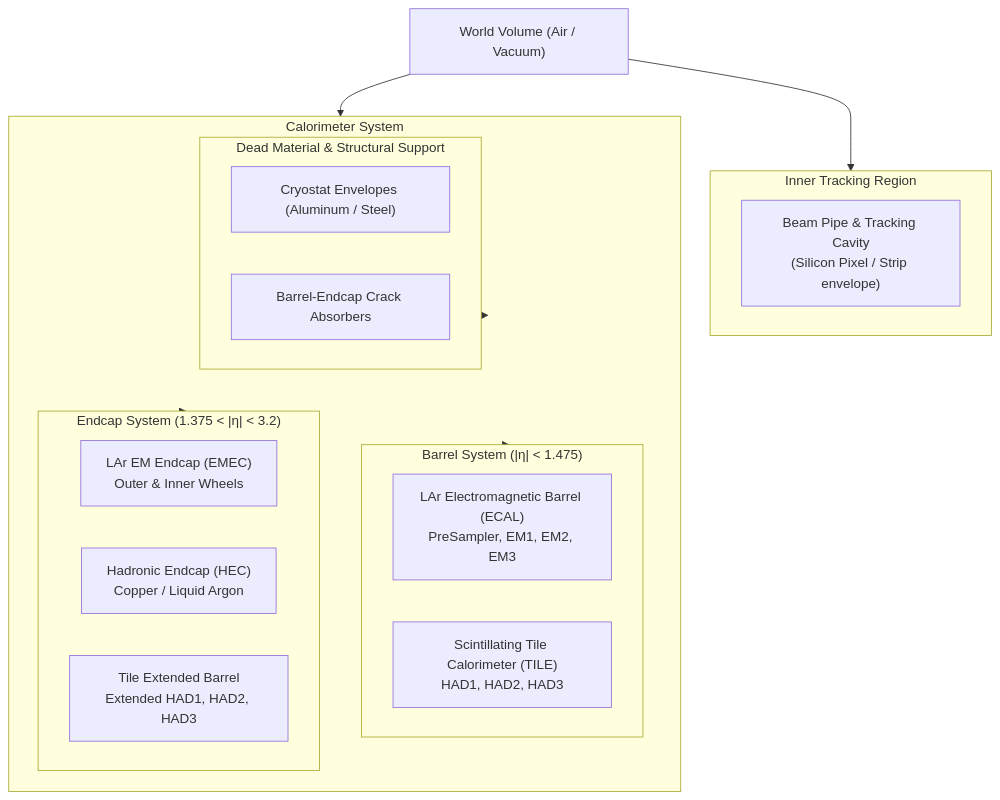
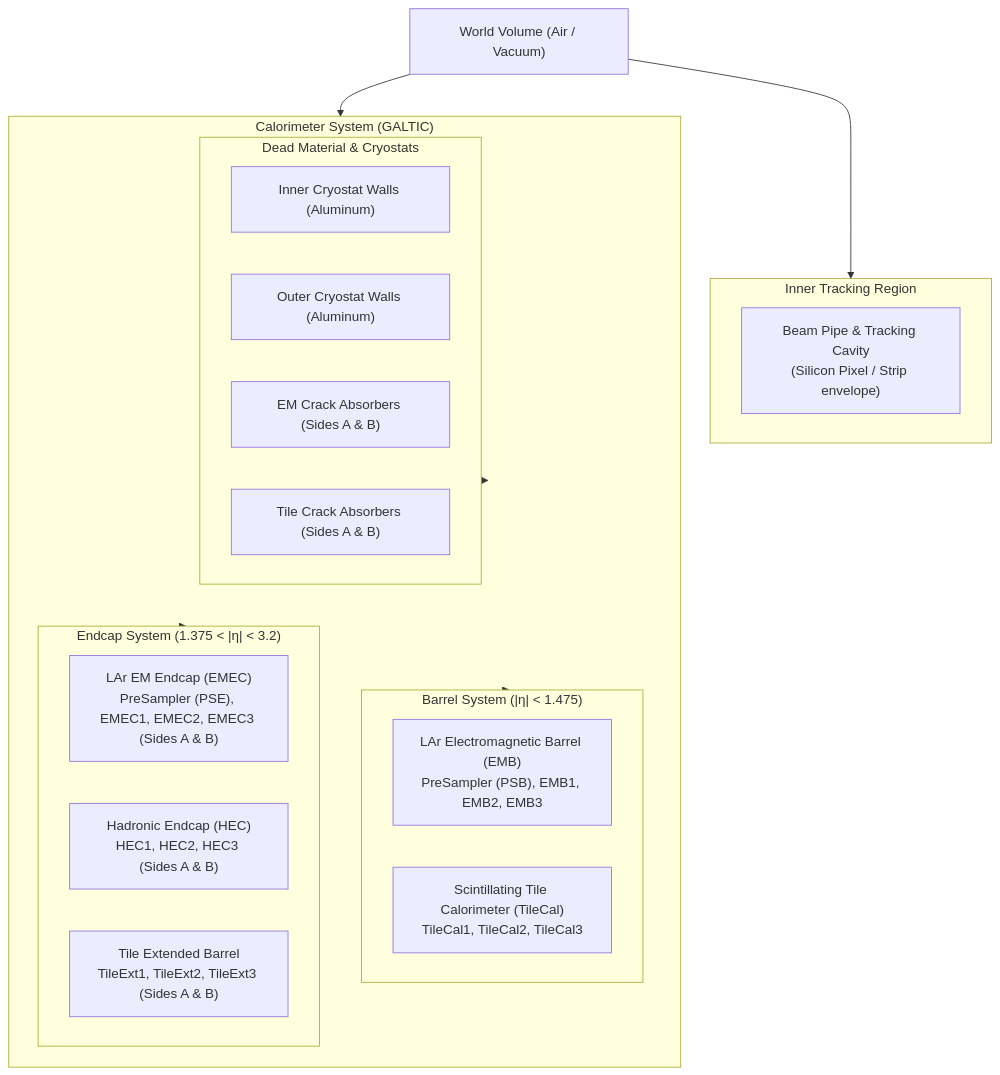
Before and after one commit to lorenzetti-ufrj-br/lorenzetti: the diagram in geometry/GALTIC/README.md, drawn with Mermaid. The commit also changed other lines of this file and 88 other files, not shown here.

````diff
--- a/geometry/GALTIC/README.md
+++ b/geometry/GALTIC/README.md
@@ -25,32 +25,34 @@
 ```mermaid
 flowchart TD
     World["World Volume (Air / Vacuum)"]
     
     subgraph TrackingRegion ["Inner Tracking Region"]
         Tracker["Beam Pipe & Tracking Cavity<br/>(Silicon Pixel / Strip envelope)"]
     end
 
-    subgraph CaloSystem ["Calorimeter System"]
+    subgraph CaloSystem ["Calorimeter System (GALTIC)"]
         subgraph BarrelCalo ["Barrel System (|η| < 1.475)"]
-            LArBarrel["LAr Electromagnetic Barrel (ECAL)<br/>PreSampler, EM1, EM2, EM3"]
-            TileBarrel["Scintillating Tile Calorimeter (TILE)<br/>HAD1, HAD2, HAD3"]
+            LArBarrel["LAr Electromagnetic Barrel (EMB)<br/>PreSampler (PSB), EMB1, EMB2, EMB3"]
+            TileBarrel["Scintillating Tile Calorimeter (TileCal)<br/>TileCal1, TileCal2, TileCal3"]
         end
 
         subgraph EndcapCalo ["Endcap System (1.375 < |η| < 3.2)"]
-            EMEC["LAr EM Endcap (EMEC)<br/>Outer & Inner Wheels"]
-            HEC["Hadronic Endcap (HEC)<br/>Copper / Liquid Argon"]
-            TileExt["Tile Extended Barrel<br/>Extended HAD1, HAD2, HAD3"]
+            EMEC["LAr EM Endcap (EMEC)<br/>PreSampler (PSE), EMEC1, EMEC2, EMEC3 (Sides A & B)"]
+            HEC["Hadronic Endcap (HEC)<br/>HEC1, HEC2, HEC3 (Sides A & B)"]
+            TileExt["Tile Extended Barrel<br/>TileExt1, TileExt2, TileExt3 (Sides A & B)"]
         end
 
-        subgraph PassiveMaterials ["Dead Material & Structural Support"]
-            Cryostats["Cryostat Envelopes (Aluminum / Steel)"]
-            Crack["Barrel-Endcap Crack Absorbers"]
+        subgraph PassiveMaterials ["Dead Material & Cryostats"]
+            CryoInner["Inner Cryostat Walls (Aluminum)"]
+            CryoOuter["Outer Cryostat Walls (Aluminum)"]
+            CrackEM["EM Crack Absorbers (Sides A & B)"]
+            CrackTile["Tile Crack Absorbers (Sides A & B)"]
         end
     end
 
     World --> TrackingRegion
     World --> CaloSystem
     CaloSystem --> BarrelCalo
     CaloSystem --> EndcapCalo
     CaloSystem --> PassiveMaterials
 ```
````
